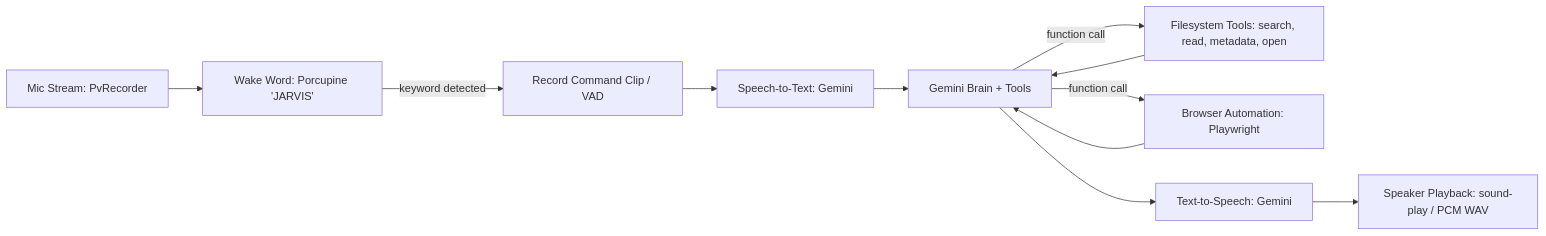
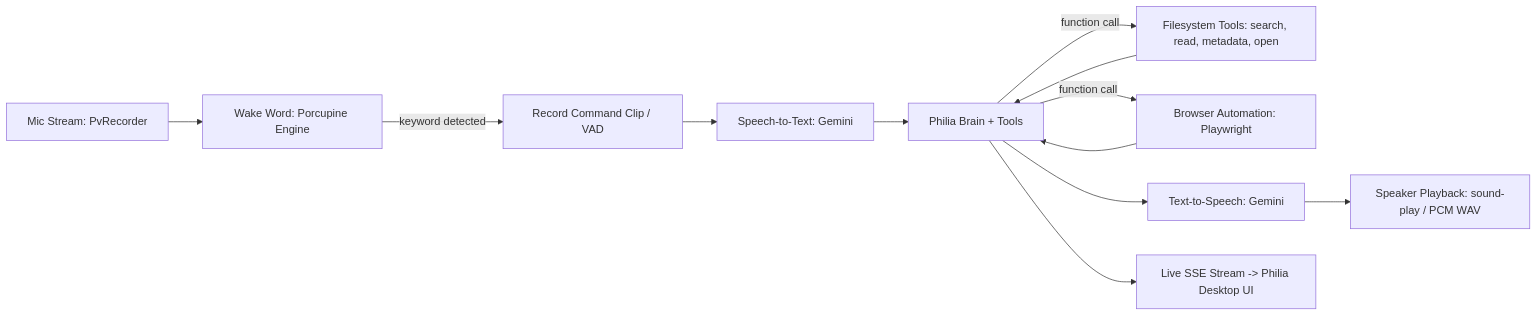
The diagram in README.md (LuizLee1125/P.H.I.L.I.A.), drawn with Mermaid before and after one commit. The commit also changed other lines of this file and 26 other files, not shown here.

Commit message:
Rename Jarvis to Philia (Precise Holographic Intelligence and Logical Interface Assistant)

````diff
--- a/README.md
+++ b/README.md
@@ -9,13 +11,14 @@
 ```mermaid
 flowchart LR
-    A[Mic Stream: PvRecorder] --> B[Wake Word: Porcupine 'JARVIS']
+    A[Mic Stream: PvRecorder] --> B[Wake Word: Porcupine Engine]
     B -- keyword detected --> C[Record Command Clip / VAD]
     C --> D[Speech-to-Text: Gemini]
-    D --> E[Gemini Brain + Tools]
+    D --> E[Philia Brain + Tools]
     E -- function call --> F[Filesystem Tools: search, read, metadata, open]
     F --> E
     E -- function call --> J[Browser Automation: Playwright]
     J --> E
     E --> H[Text-to-Speech: Gemini]
     H --> I[Speaker Playback: sound-play / PCM WAV]
+    E --> K[Live SSE Stream -> Philia Desktop UI]
 ```
````
